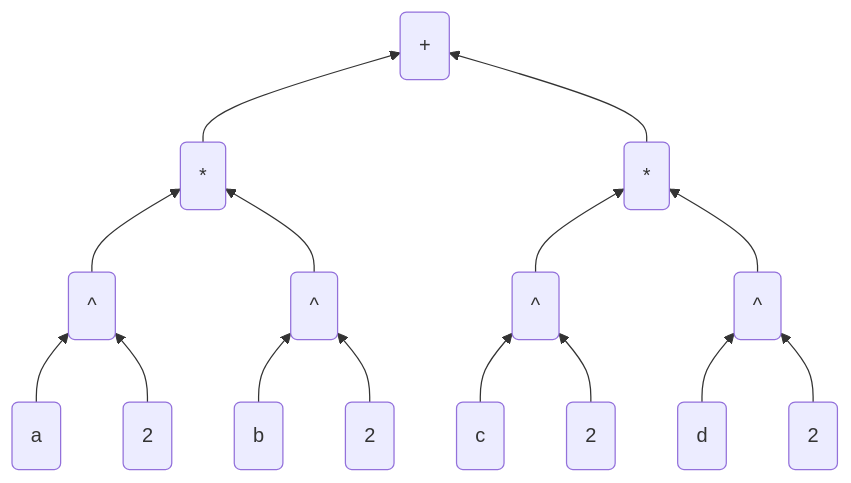
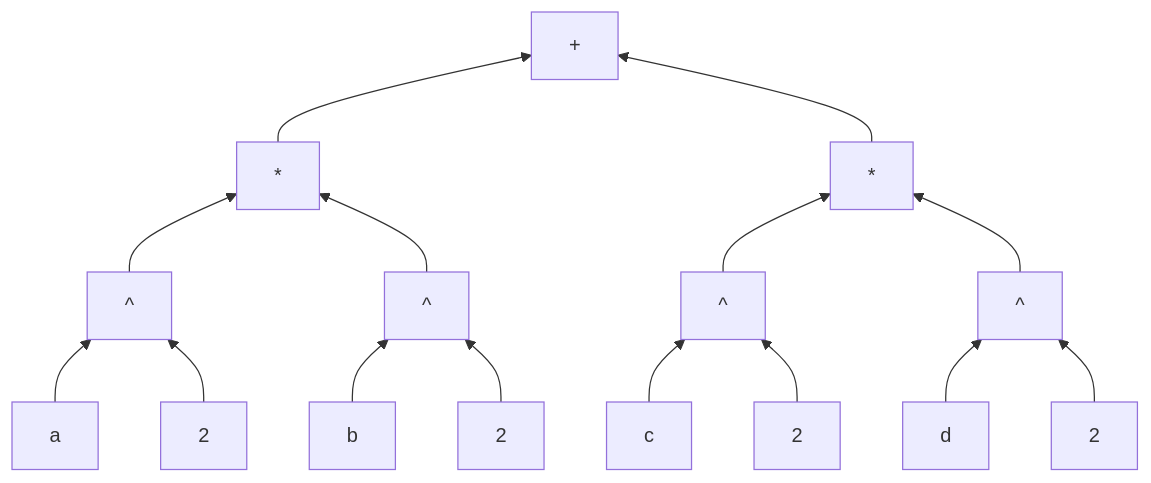
Before and after one commit to bogedy/bogedy.github.io: the fourth of 5 diagrams in content/blog/struck.md, drawn with Mermaid. The commit also changed other lines of this file and 4 other files, not shown here.

````diff
--- a/content/blog/struck.md
+++ b/content/blog/struck.md
@@ -219,10 +219,10 @@
 ```mermaid
 flowchart BT
-  m1(*) & m2(*) --> p(+)
-  e1(^) & e2(^) --> m1
-  e3(^) & e4(^) --> m2
-  a(a) & t1(2) --> e1
-  b(b) & t2(2) --> e2
-  c(c) & t3(2) --> e3
-  d(d) & t4(2) --> e4
+  m1[*] & m2[*] --> p[+]
+  e1[^] & e2[^] --> m1
+  e3[^] & e4[^] --> m2
+  a[a] & t1[2] --> e1
+  b[b] & t2[2] --> e2
+  c[c] & t3[2] --> e3
+  d[d] & t4[2] --> e4
 ```
````
